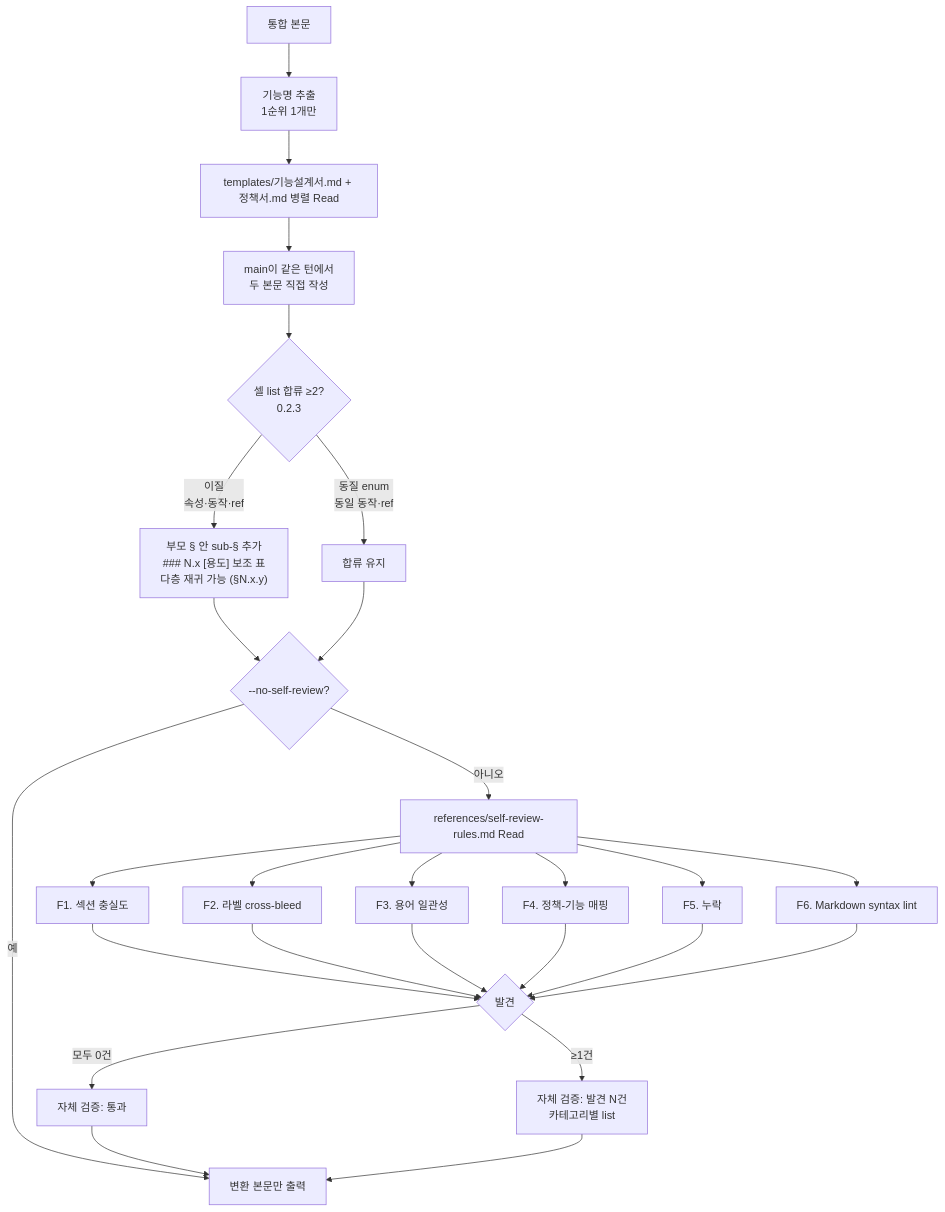
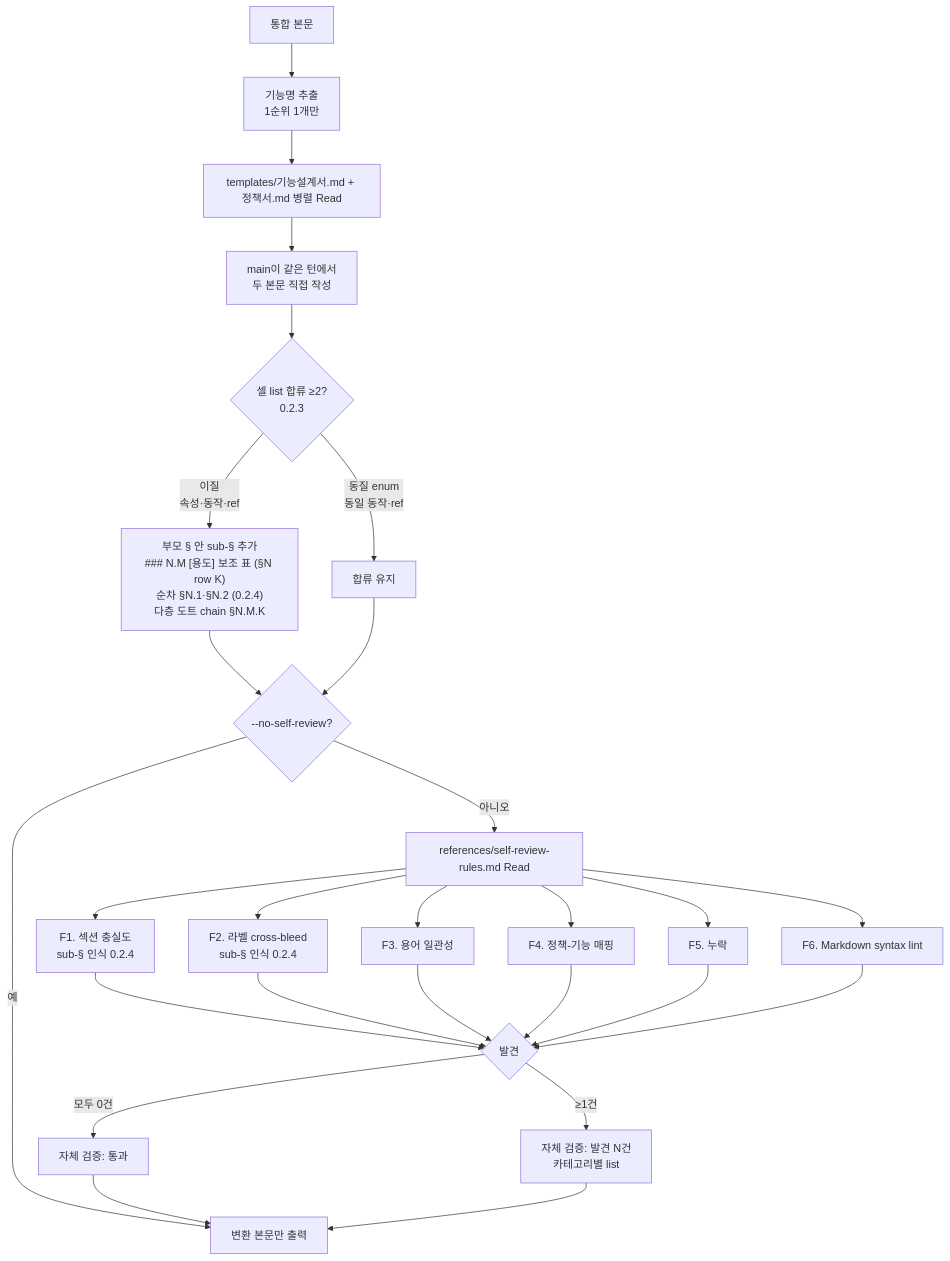
The seventh of 11 diagrams in planning-kit/docs/planning-format-workflow.md (inkwonjung-colosseum/plugins), drawn with Mermaid before and after one commit. The commit also changed other lines of this file and 17 other files, not shown here.

````diff
--- a/planning-kit/docs/planning-format-workflow.md
+++ b/planning-kit/docs/planning-format-workflow.md
@@ -159,32 +159,32 @@
 ```mermaid
 flowchart TD
   CB[통합 본문] --> NA[기능명 추출<br/>1순위 1개만]
   NA --> RD[templates/기능설계서.md + 정책서.md 병렬 Read]
   RD --> WR[main이 같은 턴에서<br/>두 본문 직접 작성]
   WR --> LD{셀 list 합류 ≥2?<br/>0.2.3}
-  LD -->|이질<br/>속성·동작·ref| AUX["부모 § 안 sub-§ 추가<br/>### N.x [용도] 보조 표<br/>다층 재귀 가능 (§N.x.y)"]
+  LD -->|이질<br/>속성·동작·ref| AUX["부모 § 안 sub-§ 추가<br/>### N.M [용도] 보조 표 (§N row K)<br/>순차 §N.1·§N.2 (0.2.4)<br/>다층 도트 chain §N.M.K"]
   LD -->|동질 enum<br/>동일 동작·ref| KEEP[합류 유지]
   AUX --> NSR{--no-self-review?}
   KEEP --> NSR
   NSR -->|예| OUT[변환 본문만 출력]
   NSR -->|아니오| SR[references/self-review-rules.md Read]
 
-  SR --> F1[F1. 섹션 충실도]
-  SR --> F2[F2. 라벨 cross-bleed]
+  SR --> F1[F1. 섹션 충실도<br/>sub-§ 인식 0.2.4]
+  SR --> F2[F2. 라벨 cross-bleed<br/>sub-§ 인식 0.2.4]
   SR --> F3[F3. 용어 일관성]
   SR --> F4[F4. 정책-기능 매핑]
   SR --> F5[F5. 누락]
   SR --> F6[F6. Markdown syntax lint]
 
   F1 --> RES{발견}
   F2 --> RES
   F3 --> RES
   F4 --> RES
   F5 --> RES
   F6 --> RES
   RES -->|모두 0건| PASS[자체 검증: 통과]
   RES -->|≥1건| FOUND[자체 검증: 발견 N건<br/>카테고리별 list]
 
   PASS --> OUT
   FOUND --> OUT
 ```
````
